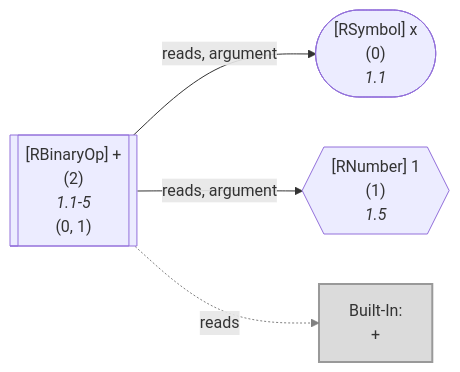
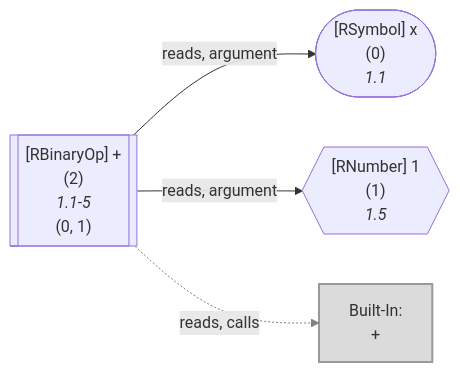
The second of 9 diagrams in wiki/Query API.md (flowr-analysis/flowr), drawn with Mermaid before and after one commit. The commit also changed other lines of this file and 8 other files, not shown here.

Commit message:
[skip ci] doc: update generated wiki pages (wiki/Capabilities,wiki/Dataflow Graph,wiki/Query API,wiki/Search API,wiki/Engines,wiki/Interface,wiki/Control Flow Graph,wiki/Core,README)

````diff
--- a/wiki/Query API.md
+++ b/wiki/Query API.md
@@ -1396,20 +1396,20 @@
 ```mermaid
 flowchart LR
     0(["`#91;RSymbol#93; x
       (0)
       *1.1*`"])
     1{{"`#91;RNumber#93; 1
       (1)
       *1.5*`"}}
     2[["`#91;RBinaryOp#93; #43;
       (2)
       *1.1-5*
     (0, 1)`"]]
     built-in:_["`Built-In:
 #43;`"]
     style built-in:_ stroke:gray,fill:lightgray,stroke-width:2px,opacity:.8;
     2 -->|"reads, argument"| 0
     2 -->|"reads, argument"| 1
-    2 -.->|"reads"| built-in:_
+    2 -.->|"reads, calls"| built-in:_
     linkStyle 2 stroke:gray;
 ```
````
